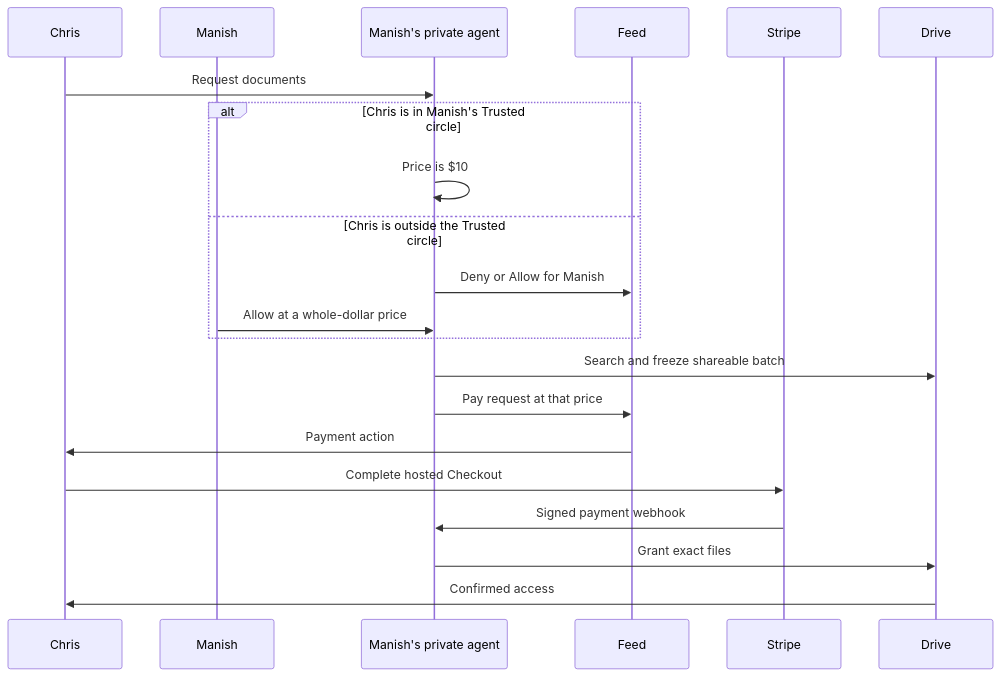
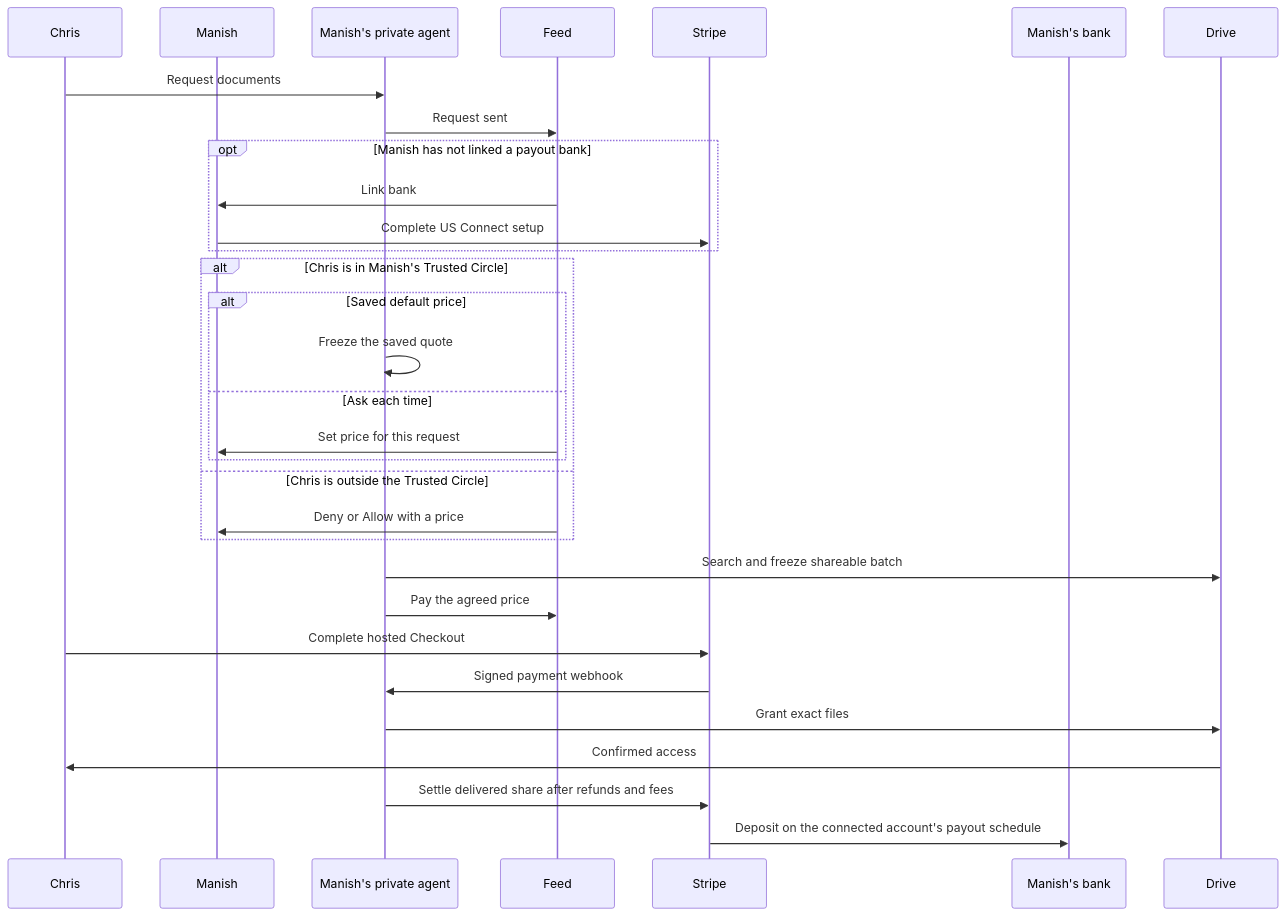
The diagram in docs/reference/operations/drive-request-stripe-paywall.md (hushh-labs/hushh-research), drawn with Mermaid before and after one commit. The commit also changed other lines of this file and 89 other files, not shown here.

Commit message:
Fix document pricing setup and owner payout completion

````diff
--- a/docs/reference/operations/drive-request-stripe-paywall.md
+++ b/docs/reference/operations/drive-request-stripe-paywall.md
@@ -7,23 +7,33 @@
 ```mermaid
 sequenceDiagram
     participant Chris
     participant Manish
     participant PrivateAgent as Manish's private agent
     participant Feed
     participant Stripe
+    participant Bank as Manish's bank
     participant Drive
     Chris->>PrivateAgent: Request documents
-    alt Chris is in Manish's Trusted circle
-        PrivateAgent->>PrivateAgent: Price is $10
-    else Chris is outside the Trusted circle
-        PrivateAgent->>Feed: Deny or Allow for Manish
-        Manish->>PrivateAgent: Allow at a whole-dollar price
+    PrivateAgent->>Feed: Request sent
+    opt Manish has not linked a payout bank
+        Feed->>Manish: Link bank
+        Manish->>Stripe: Complete US Connect setup
+    end
+    alt Chris is in Manish's Trusted Circle
+        alt Saved default price
+            PrivateAgent->>PrivateAgent: Freeze the saved quote
+        else Ask each time
+            Feed->>Manish: Set price for this request
+        end
+    else Chris is outside the Trusted Circle
+        Feed->>Manish: Deny or Allow with a price
     end
     PrivateAgent->>Drive: Search and freeze shareable batch
-    PrivateAgent->>Feed: Pay request at that price
-    Feed->>Chris: Payment action
+    PrivateAgent->>Feed: Pay the agreed price
     Chris->>Stripe: Complete hosted Checkout
     Stripe->>PrivateAgent: Signed payment webhook
     PrivateAgent->>Drive: Grant exact files
     Drive->>Chris: Confirmed access
+    PrivateAgent->>Stripe: Settle delivered share after refunds and fees
+    Stripe->>Bank: Deposit on the connected account's payout schedule
 ```
````
